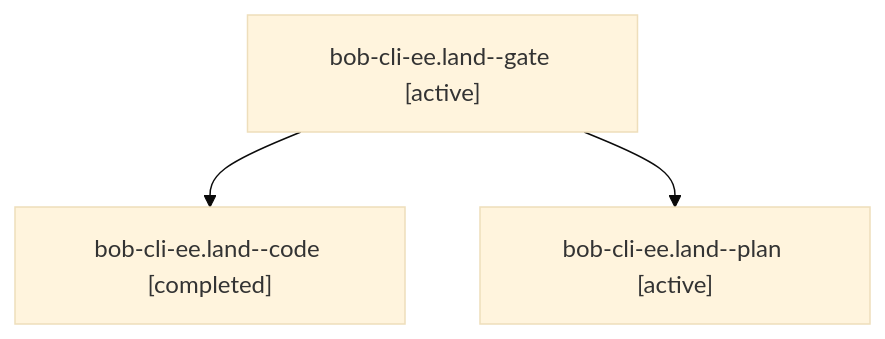
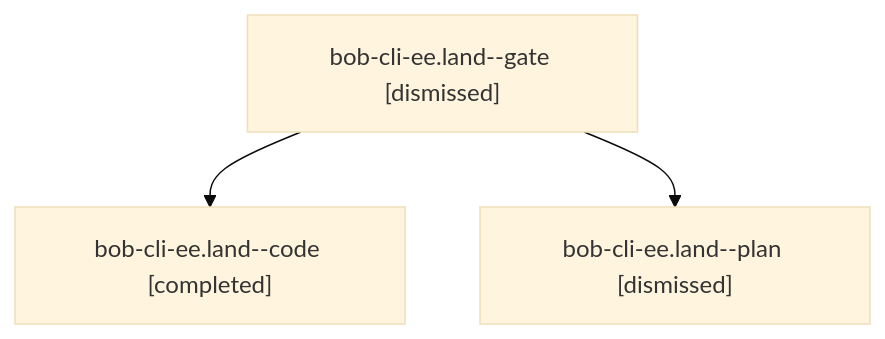
One commit to bobs-org/bob-cli--agents changed the diagram in sessions/bbugyi200.apollo.bob-cli-ee.land.md. Above: the diagram before and after it, drawn with Mermaid (base theme). The commit also changed other lines of this file and 256 other files, not shown here.

````diff
--- a/sessions/bbugyi200.apollo.bob-cli-ee.land.md
+++ b/sessions/bbugyi200.apollo.bob-cli-ee.land.md
@@ -9,8 +9,8 @@
 ```mermaid
 flowchart TD
-  n0["bob-cli-ee.land--gate [active]"]
+  n0["bob-cli-ee.land--gate [dismissed]"]
   n1["bob-cli-ee.land--code [completed]"]
   n0 --> n1
-  n2["bob-cli-ee.land--plan [active]"]
+  n2["bob-cli-ee.land--plan [dismissed]"]
   n0 --> n2
 ```
````
